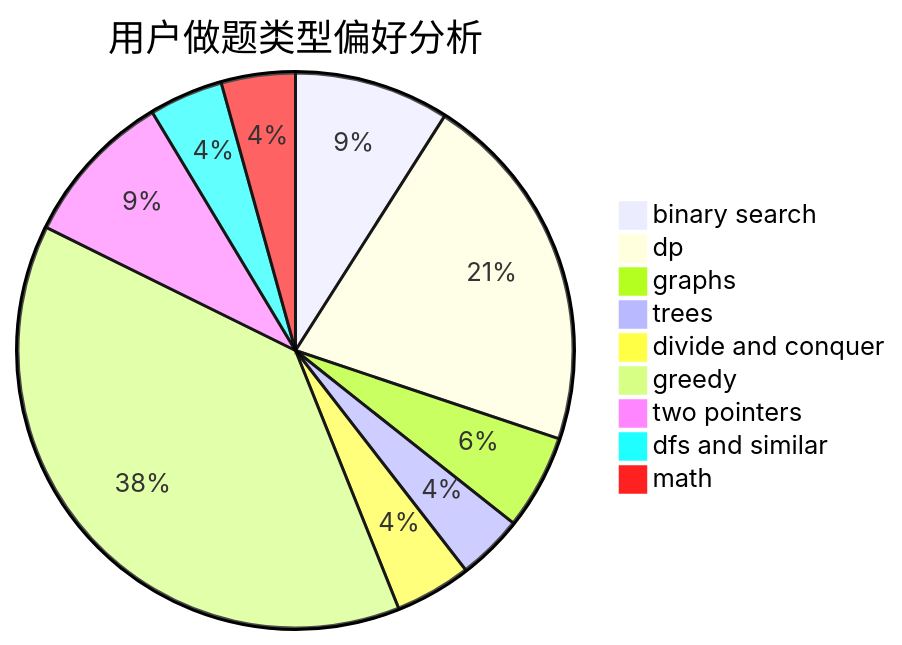
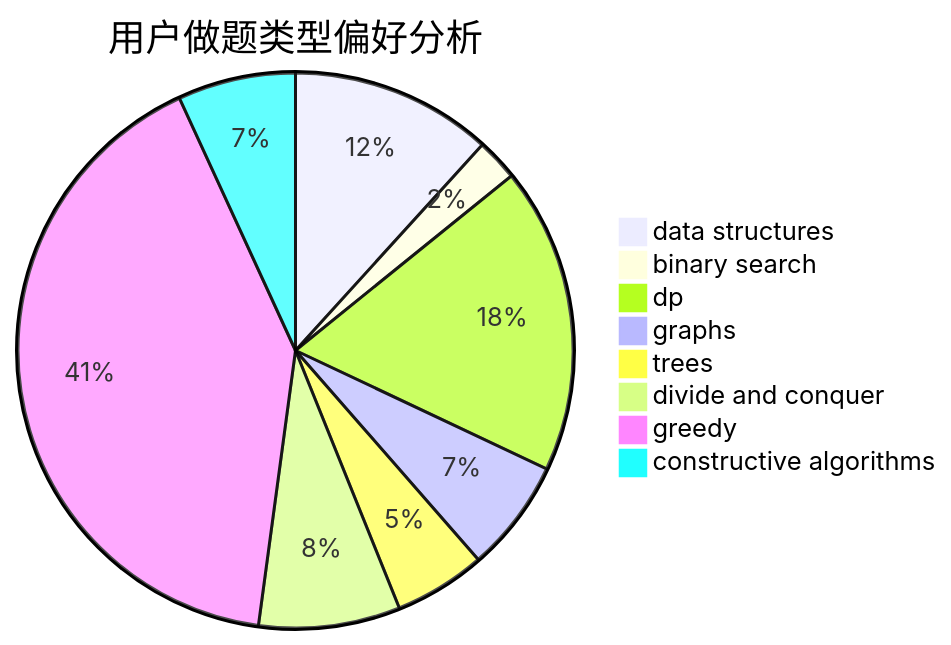
Before and after one commit to sherpahu/cfrs.github.io: the second of 3 diagrams in docs/user/u587.md, drawn with Mermaid. The commit also changed other lines of this file and 2775 other files, not shown here.

````diff
--- a/docs/user/u587.md
+++ b/docs/user/u587.md
@@ -23,12 +23,11 @@
 ```mermaid
 pie title 用户做题类型偏好分析
-    "binary search" :  134
-    "dp" :  314
-    "graphs" :  82
-    "trees" :  57
-    "divide and conquer" :  66
-    "greedy" :  570
-    "two pointers" :  135
-    "dfs and similar" :  64
-    "math" :  64
+    "data structures" :  77
+    "binary search" :  16
+    "dp" :  117
+    "graphs" :  43
+    "trees" :  35
+    "divide and conquer" :  54
+    "greedy" :  269
+    "constructive algorithms" :  45
 ```
````
